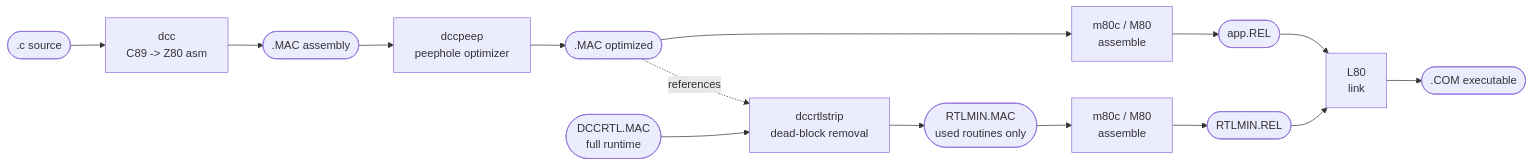
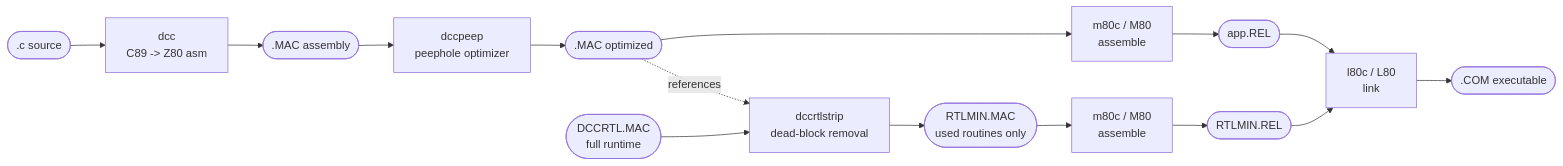
The first of 5 diagrams in docs/docs/en/appendix/00-architecture.md (davidly/dcc), drawn with Mermaid before and after one commit. The commit also changed other lines of this file and 16 other files, not shown here.

````diff
--- a/docs/docs/en/appendix/00-architecture.md
+++ b/docs/docs/en/appendix/00-architecture.md
@@ -21,17 +30,17 @@
 ```mermaid
 flowchart LR
     SRC([".c source"]) --> DCC["dcc<br/>C89 -> Z80 asm"]
     DCC --> MAC([".MAC assembly"])
     MAC --> PEEP["dccpeep<br/>peephole optimizer"]
     PEEP --> MAC2([".MAC optimized"])
     MAC2 --> M80A["m80c / M80<br/>assemble"]
     RTL([" DCCRTL.MAC<br/>full runtime"]) --> STRIP["dccrtlstrip<br/>dead-block removal"]
     MAC2 -. references .-> STRIP
     STRIP --> RTLMIN([" RTLMIN.MAC<br/>used routines only"])
     RTLMIN --> M80B["m80c / M80<br/>assemble"]
     M80A --> REL([" app.REL"])
     M80B --> RRTL([" RTLMIN.REL"])
-    REL --> L80["L80<br/>link"]
+    REL --> L80["l80c / L80<br/>link"]
     RRTL --> L80
     L80 --> COM([".COM executable"])
 ```
````
